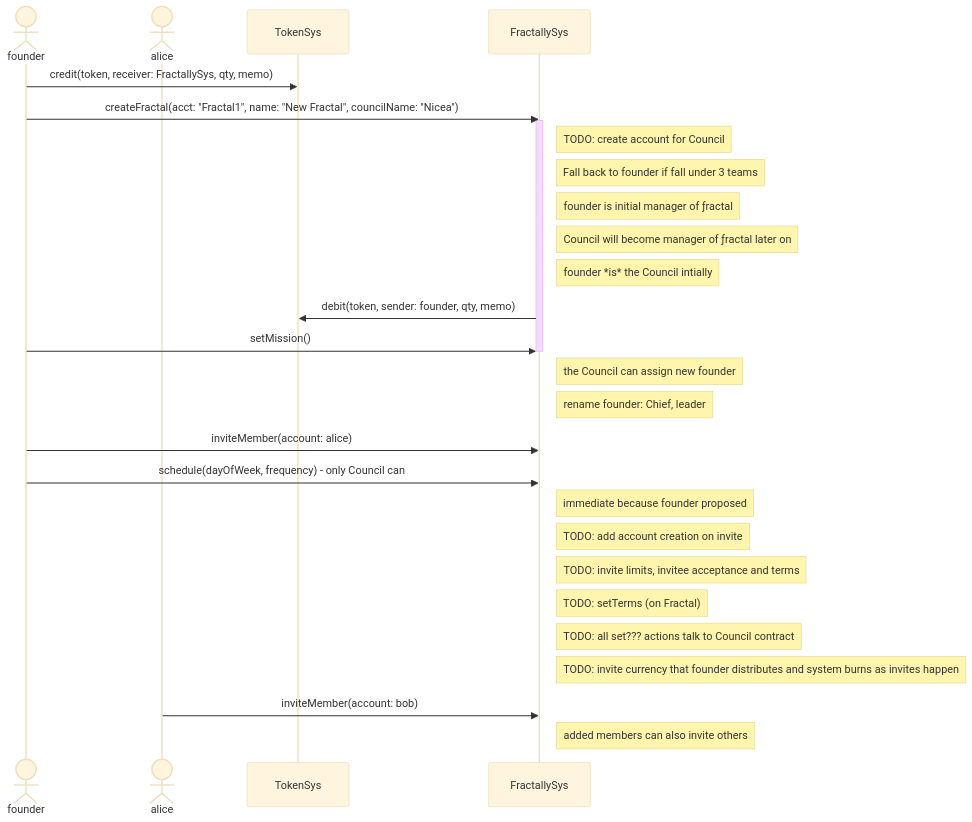
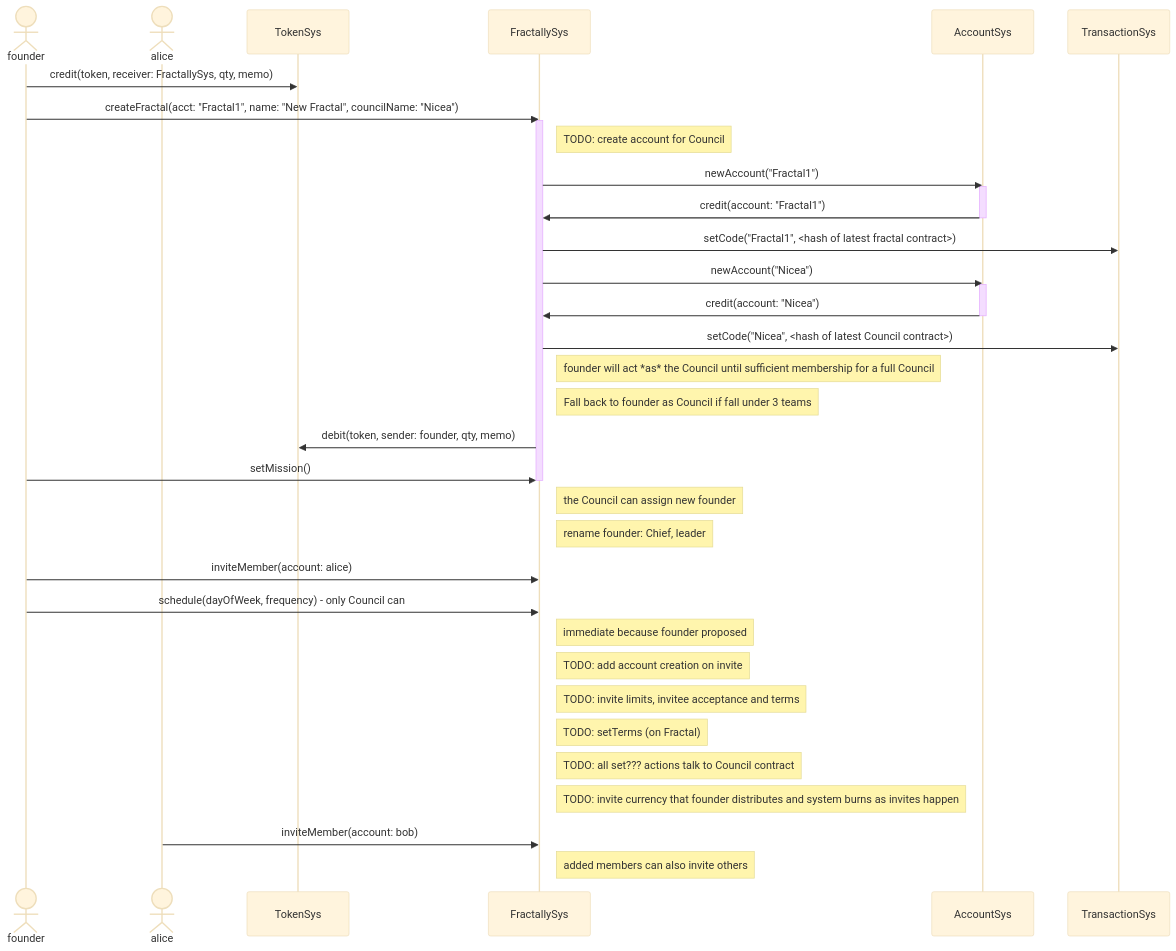
The first of 2 diagrams in contracts/user/FractallySys/seqDiagrams/FractalAdminActions.md (gofractally/psibase), drawn with Mermaid (base theme) before and after one commit. The commit also changed 1 other file, not shown here.

Commit message:
more seq diagram additions

````diff
--- a/contracts/user/FractallySys/seqDiagrams/FractalAdminActions.md
+++ b/contracts/user/FractallySys/seqDiagrams/FractalAdminActions.md
@@ -9,32 +9,40 @@
 ```mermaid
 sequenceDiagram
 Actor founder
 Actor alice
 
 founder->>TokenSys: credit(token, receiver: FractallySys, qty, memo)
 
 founder->>FractallySys: createFractal(acct: "Fractal1", name: "New Fractal", councilName: "Nicea")
 activate FractallySys
 note right of FractallySys: TODO: create account for Council
-note right of FractallySys: Fall back to founder if fall under 3 teams
-note right of FractallySys: founder is initial manager of ƒractal
-note right of FractallySys: Council will become manager of ƒractal later on
-note right of FractallySys: founder *is* the Council intially
+FractallySys->>AccountSys: newAccount("Fractal1")
+activate AccountSys
+AccountSys->>FractallySys: credit(account: "Fractal1")
+deactivate AccountSys
+FractallySys->>TransactionSys: setCode("Fractal1", <hash of latest fractal contract>)
+FractallySys->>AccountSys: newAccount("Nicea")
+activate AccountSys
+AccountSys->>FractallySys: credit(account: "Nicea")
+deactivate AccountSys
+FractallySys->>TransactionSys: setCode("Nicea", <hash of latest Council contract>)
+note right of FractallySys: founder will act *as* the Council until sufficient membership for a full Council
+note right of FractallySys: Fall back to founder as Council if fall under 3 teams
 FractallySys->>TokenSys: debit(token, sender: founder, qty, memo)
 founder->>FractallySys: setMission()
 deactivate FractallySys
 note right of FractallySys: the Council can assign new founder
 note right of FractallySys: rename founder: Chief, leader
 
 founder->>FractallySys: inviteMember(account: alice)
 founder->>FractallySys: schedule(dayOfWeek, frequency) - only Council can
 note right of FractallySys: immediate because founder proposed
 note right of FractallySys: TODO: add account creation on invite
 note right of FractallySys: TODO: invite limits, invitee acceptance and terms
 note right of FractallySys: TODO: setTerms (on Fractal)
 note right of FractallySys: TODO: all set??? actions talk to Council contract
 note right of FractallySys: TODO: invite currency that founder distributes and system burns as invites happen
 
 alice->>FractallySys: inviteMember(account: bob)
 note right of FractallySys: added members can also invite others
 ```
````
